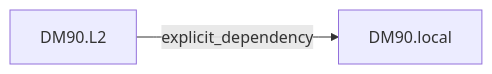
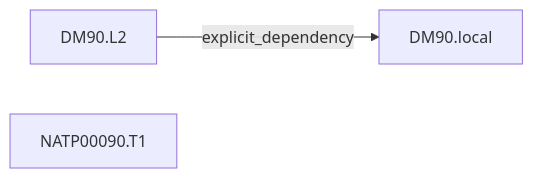
The fourth of 6 diagrams in research/graphs.md (arivero/newtonlean), drawn with Mermaid before and after one commit. The commit also changed other lines of this file and 10 other files, not shown here.

````diff
--- a/research/graphs.md
+++ b/research/graphs.md
@@ -35,6 +54,7 @@
 ```mermaid
 flowchart LR
   n1["DM90.L2"]
   n2["DM90.local"]
+  n21["NATP00090.T1"]
   n1 -->|explicit_dependency| n2
 ```
````
